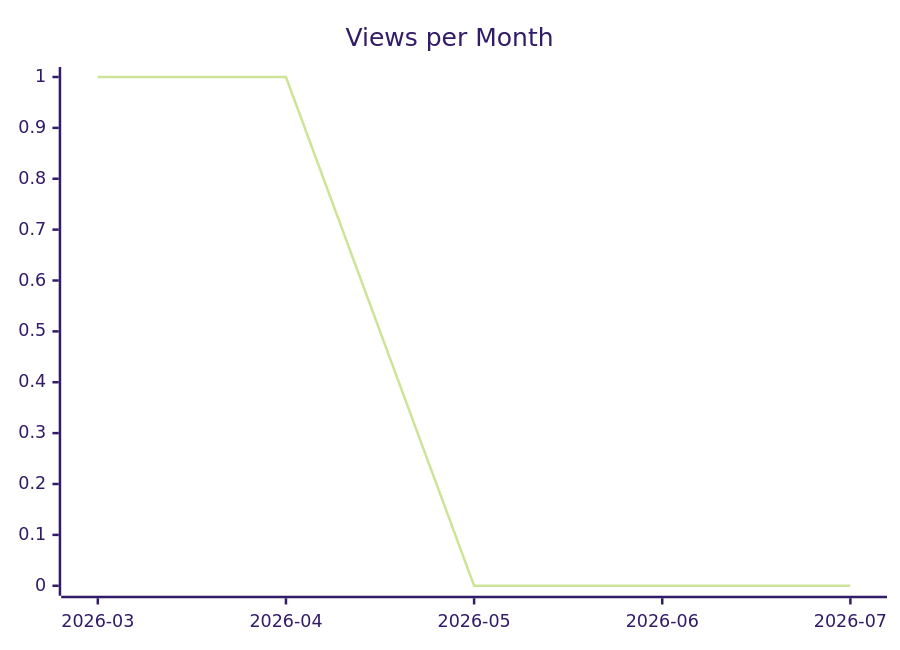
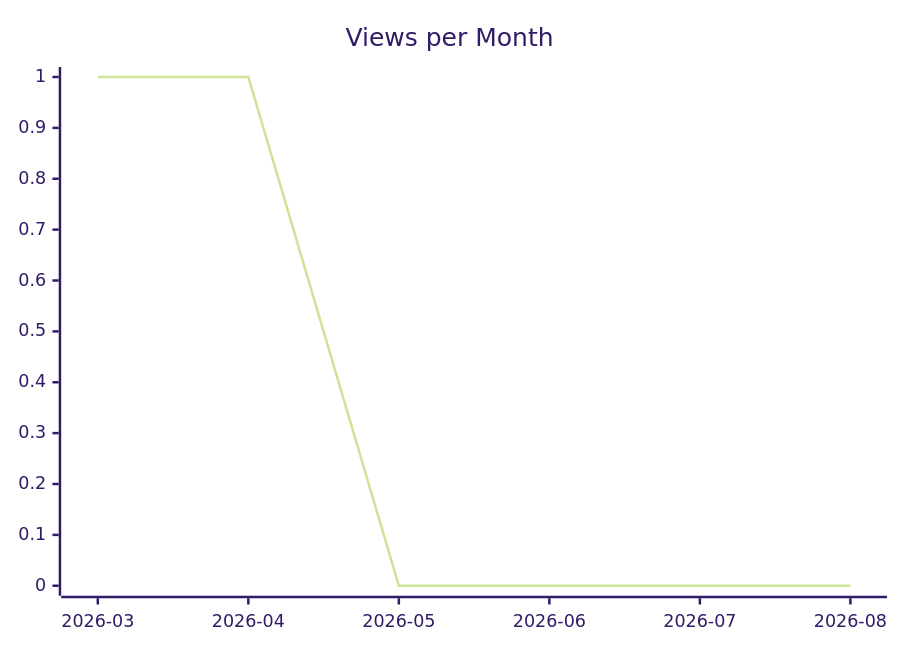
The second of 3 diagrams in karlmdavis/todoist-ai/README.md (justdavis-family/github-analytics-data), drawn with Mermaid (forest theme) before and after one commit. The commit also changed other lines of this file and 180 other files, not shown here.

````diff
--- a/karlmdavis/todoist-ai/README.md
+++ b/karlmdavis/todoist-ai/README.md
@@ -12,6 +12,6 @@
 ```mermaid
 xychart-beta
   title "Views per Month"
-  x-axis ["2026-03", "2026-04", "2026-05", "2026-06", "2026-07"]
-  line [1, 1, 0, 0, 0]
+  x-axis ["2026-03", "2026-04", "2026-05", "2026-06", "2026-07", "2026-08"]
+  line [1, 1, 0, 0, 0, 0]
 ```
````
